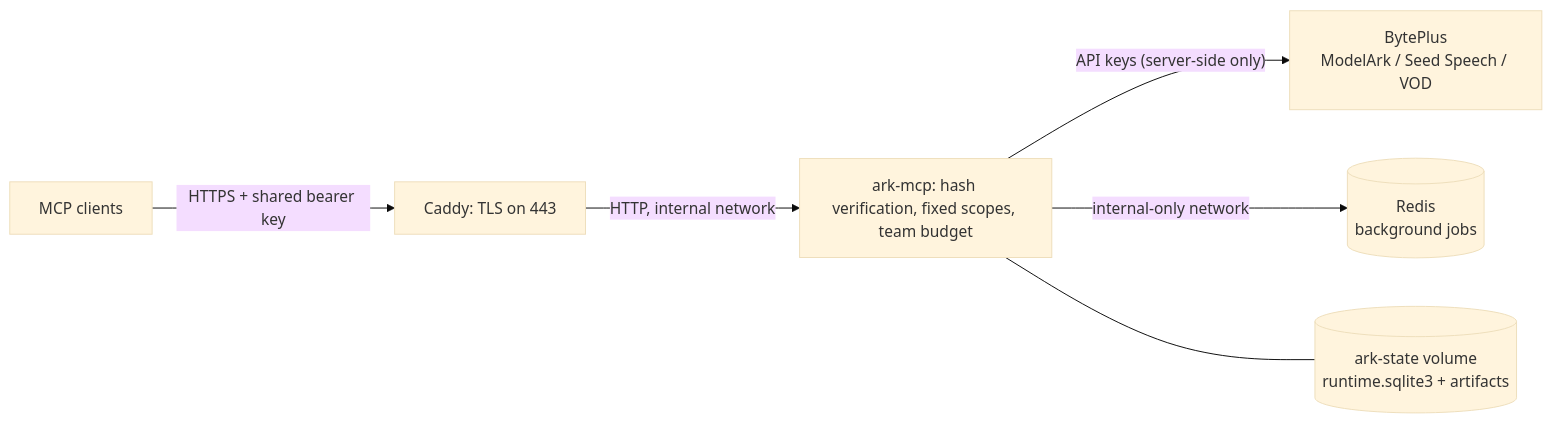
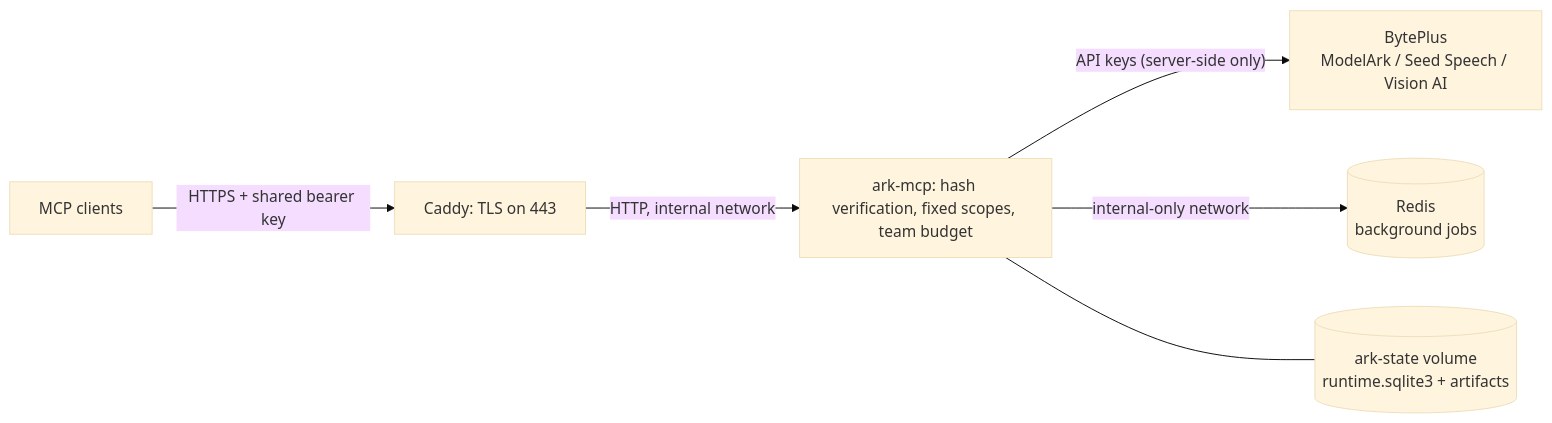
The diagram in docs/self-hosting.md (byteplus-sa/ark-mcp), drawn with Mermaid (base theme) before and after one commit. The commit also changed other lines of this file and 106 other files, not shown here.

````diff
--- a/docs/self-hosting.md
+++ b/docs/self-hosting.md
@@ -38,8 +38,8 @@
 ```mermaid
 flowchart LR
     C["MCP clients"] -->|"HTTPS + shared bearer key"| P["Caddy: TLS on 443"]
     P -->|"HTTP, internal network"| S["ark-mcp: hash verification, fixed scopes, team budget"]
-    S -->|"API keys (server-side only)"| B["BytePlus<br/>ModelArk / Seed Speech / VOD"]
+    S -->|"API keys (server-side only)"| B["BytePlus<br/>ModelArk / Seed Speech / Vision AI"]
     S -->|"internal-only network"| R[("Redis<br/>background jobs")]
     S --- V[("ark-state volume<br/>runtime.sqlite3 + artifacts")]
 ```
````
